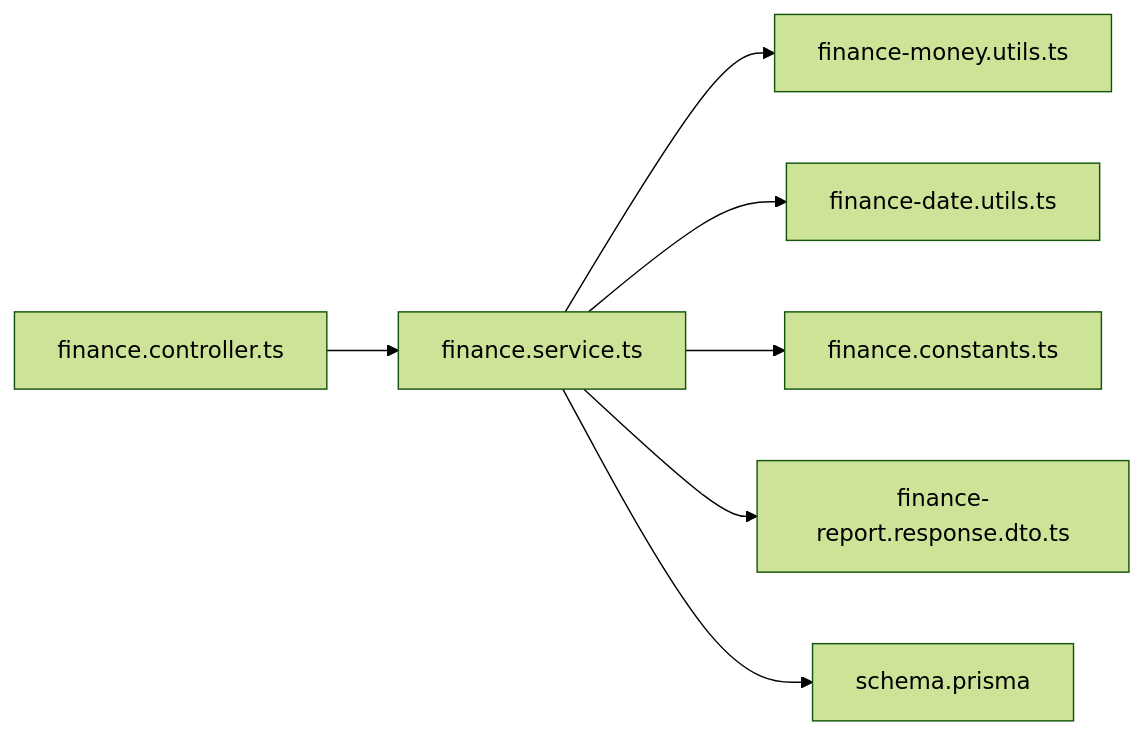
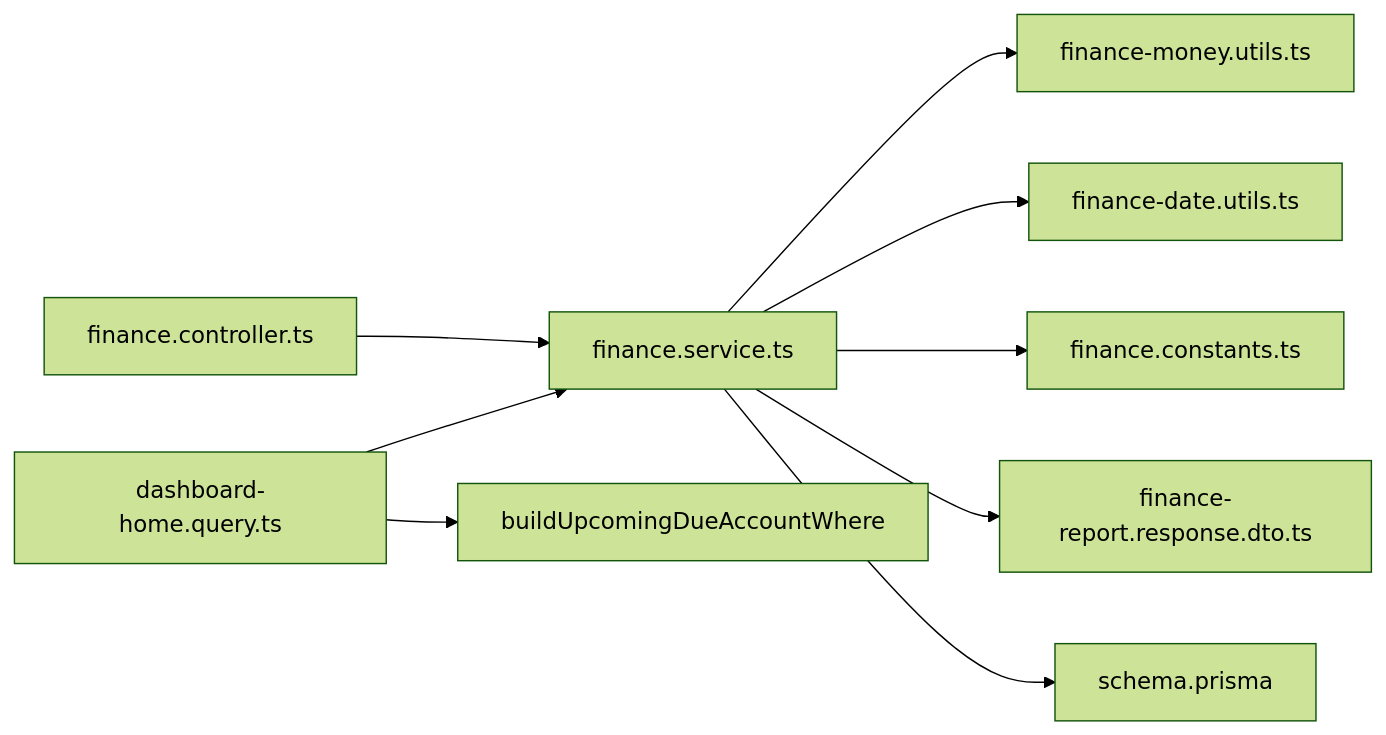
One commit to rc558620/purelyprofit-server changed the eighth of 8 diagrams in .qoder/repowiki/zh/content/业务模块/财务管理模块/财务报表.md. Above: the diagram before and after it, drawn with Mermaid (forest theme). The commit also changed other lines of this file and 65 other files, not shown here.

````diff
--- a/.qoder/repowiki/zh/content/业务模块/财务管理模块/财务报表.md
+++ b/.qoder/repowiki/zh/content/业务模块/财务管理模块/财务报表.md
@@ -341,9 +427,11 @@
 ```mermaid
 graph LR
 Ctrl["finance.controller.ts"] --> Svc["finance.service.ts"]
 Svc --> Money["finance-money.utils.ts"]
 Svc --> DateU["finance-date.utils.ts"]
 Svc --> Const["finance.constants.ts"]
 Svc --> DTO["finance-report.response.dto.ts"]
 Svc --> Prisma["schema.prisma"]
+Dash["dashboard-home.query.ts"] --> Svc
+Dash --> Upcoming["buildUpcomingDueAccountWhere"]
 ```
````
